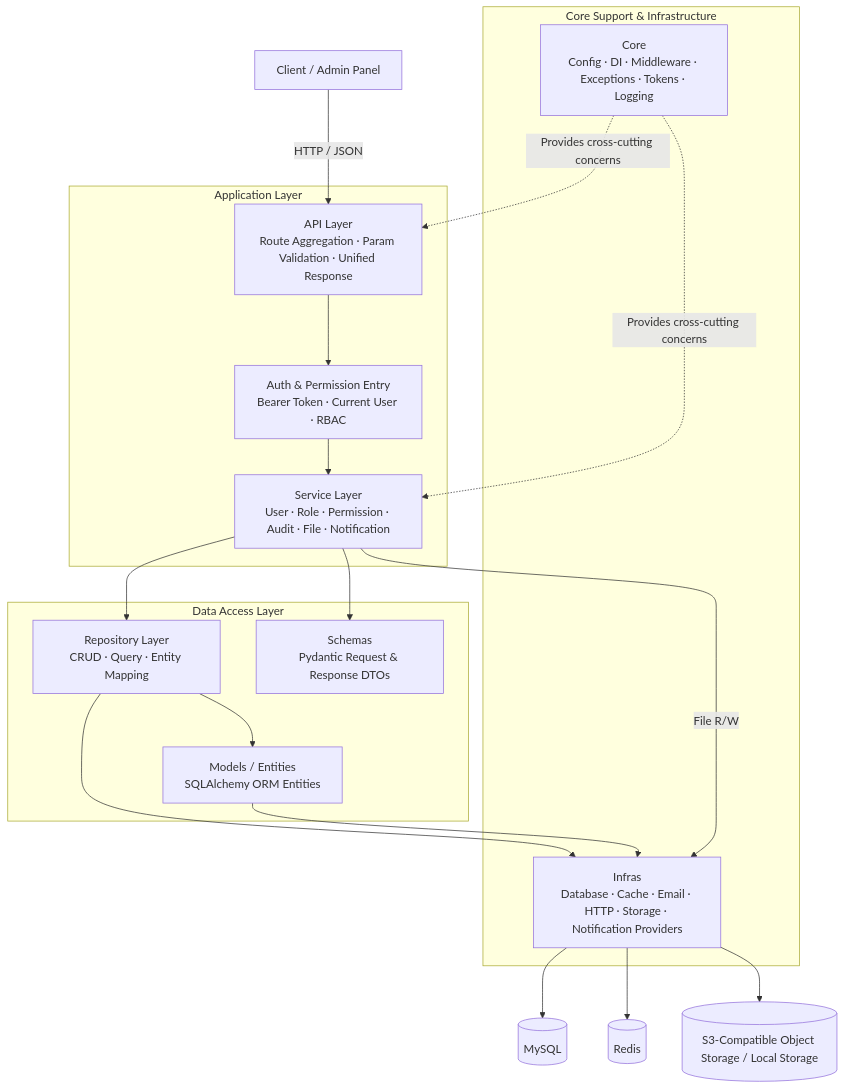
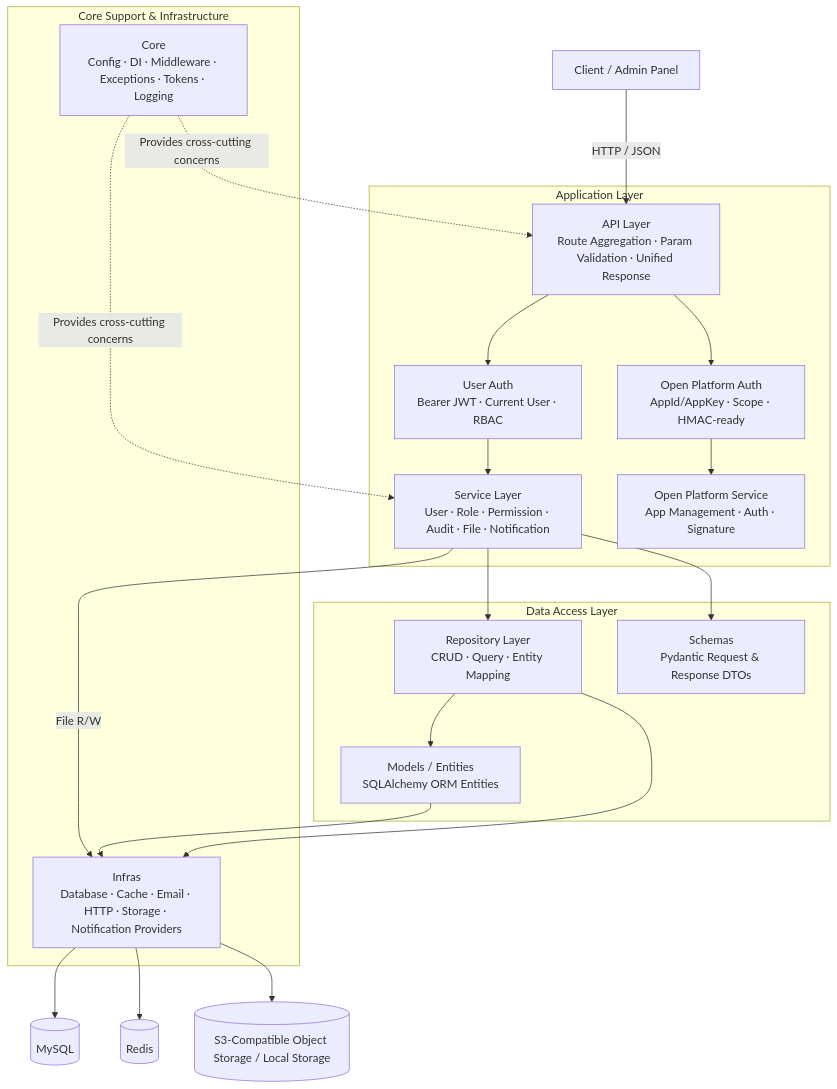
One commit to cross-lang/x-HanJiang changed the first of 3 diagrams in README.en.md. Above: the diagram before and after it, drawn with Mermaid. The commit also changed other lines of this file and 1 other file, not shown here.

````diff
--- a/README.en.md
+++ b/README.en.md
@@ -250,29 +265,31 @@
 ```mermaid
 flowchart TB
   Client[Client / Admin Panel] -->|HTTP / JSON| API[API Layer<br/>Route Aggregation · Param Validation · Unified Response]
 
   subgraph Application[Application Layer]
-    API --> Auth[Auth & Permission Entry<br/>Bearer Token · Current User · RBAC]
+    API --> Auth[User Auth<br/>Bearer JWT · Current User · RBAC]
+    API --> OpenAuth[Open Platform Auth<br/>AppId/AppKey · Scope · HMAC-ready]
     Auth --> Service[Service Layer<br/>User · Role · Permission · Audit · File · Notification]
+    OpenAuth --> OpenService[Open Platform Service<br/>App Management · Auth · Signature]
   end
 
   subgraph Data[Data Access Layer]
     Service --> Repository[Repository Layer<br/>CRUD · Query · Entity Mapping]
     Repository --> Entity[Models / Entities<br/>SQLAlchemy ORM Entities]
     Service --> Schema[Schemas<br/>Pydantic Request & Response DTOs]
   end
 
   subgraph Support[Core Support & Infrastructure]
     Core[Core<br/>Config · DI · Middleware · Exceptions · Tokens · Logging]
     Infra[Infras<br/>Database · Cache · Email · HTTP · Storage · Notification Providers]
   end
 
   Core -.Provides cross-cutting concerns.-> API
   Core -.Provides cross-cutting concerns.-> Service
   Repository --> Infra
   Entity --> Infra
   Service -->|File R/W| Infra
   Infra --> DB[(MySQL)]
   Infra --> Redis[(Redis)]
   Infra --> OSS[(S3-Compatible Object Storage / Local Storage)]
 ```
````
